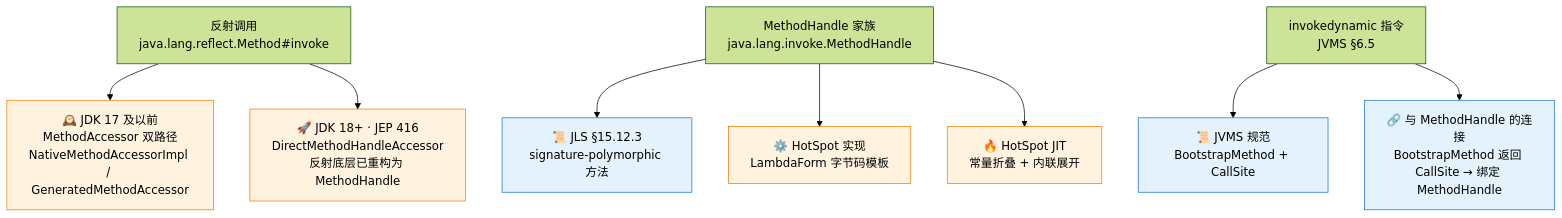
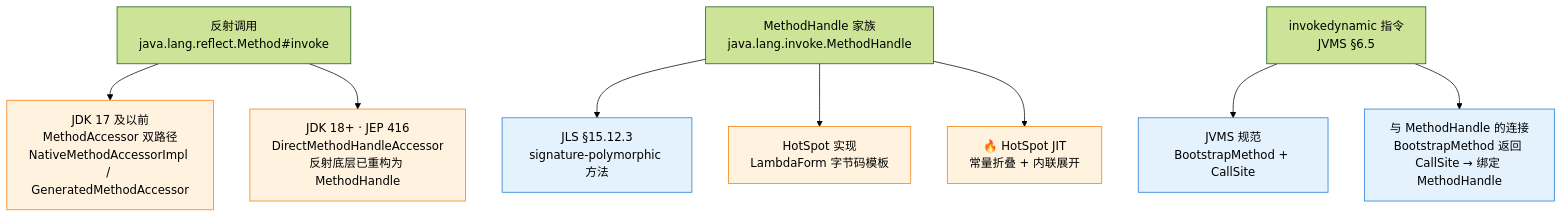
The first of 3 diagrams in docs/01-java-basic/01-语言基础/06-reflection.md (b1tzer/b1tzer.github.io), drawn with Mermaid (forest theme) before and after one commit. The commit also changed other lines of this file and 22 other files, not shown here.

````diff
--- a/docs/01-java-basic/01-语言基础/06-reflection.md
+++ b/docs/01-java-basic/01-语言基础/06-reflection.md
@@ -92,20 +92,20 @@
 ```mermaid
 flowchart TB
     Reflection["反射调用<br>java.lang.reflect.Method#invoke"]
-    Reflection --> R17["🕰️ JDK 17 及以前<br>MethodAccessor 双路径<br>NativeMethodAccessorImpl / GeneratedMethodAccessor"]
-    Reflection --> R18["🚀 JDK 18+ · JEP 416<br>DirectMethodHandleAccessor<br>反射底层已重构为 MethodHandle"]
+    Reflection --> R17["JDK 17 及以前<br>MethodAccessor 双路径<br>NativeMethodAccessorImpl / GeneratedMethodAccessor"]
+    Reflection --> R18["JDK 18+ · JEP 416<br>DirectMethodHandleAccessor<br>反射底层已重构为 MethodHandle"]
 
     MH["MethodHandle 家族<br>java.lang.invoke.MethodHandle"]
-    MH --> MHSig["📜 JLS §15.12.3<br>signature-polymorphic 方法"]
-    MH --> MHForm["⚙️ HotSpot 实现<br>LambdaForm 字节码模板"]
+    MH --> MHSig["JLS §15.12.3<br>signature-polymorphic 方法"]
+    MH --> MHForm["HotSpot 实现<br>LambdaForm 字节码模板"]
     MH --> MHJIT["🔥 HotSpot JIT<br>常量折叠 + 内联展开"]
 
     Indy["invokedynamic 指令<br>JVMS §6.5"]
-    Indy --> IndyBoot["📜 JVMS 规范<br>BootstrapMethod + CallSite"]
-    Indy --> IndyMH["🔗 与 MethodHandle 的连接<br>BootstrapMethod 返回 CallSite → 绑定 MethodHandle"]
+    Indy --> IndyBoot["JVMS 规范<br>BootstrapMethod + CallSite"]
+    Indy --> IndyMH["与 MethodHandle 的连接<br>BootstrapMethod 返回 CallSite → 绑定 MethodHandle"]
 
     classDef spec fill:#e3f2fd,stroke:#1976d2
     classDef impl fill:#fff3e0,stroke:#f57c00
     class MHSig,IndyBoot,IndyMH spec
     class R17,R18,MHForm,MHJIT impl
 ```
````
